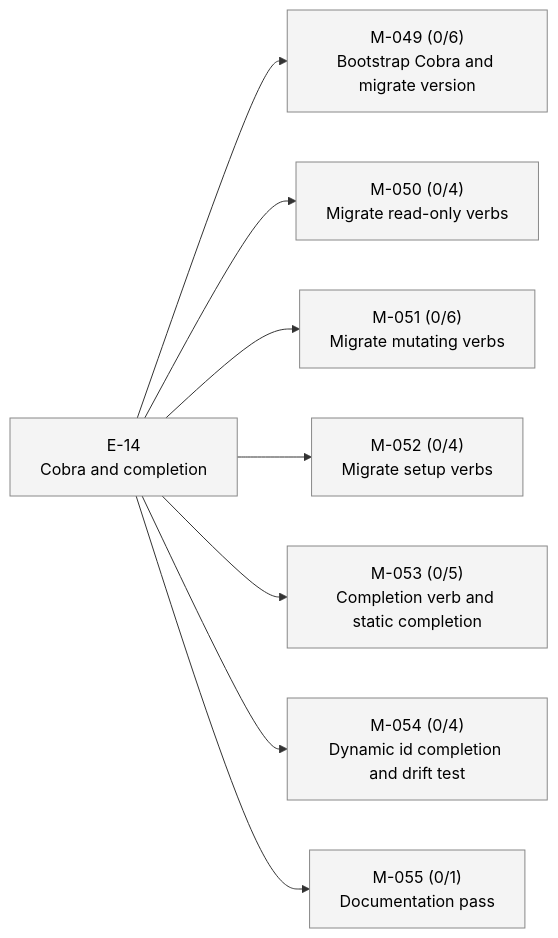
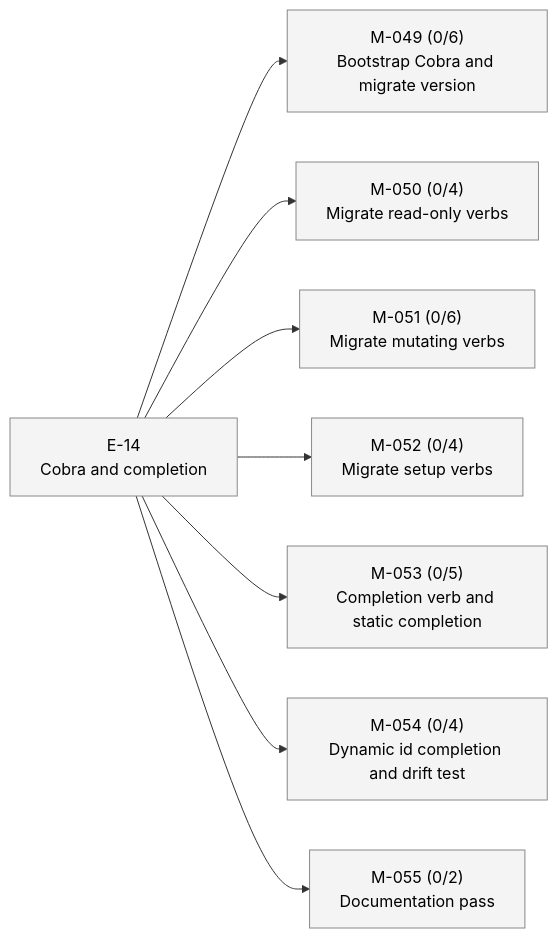
The second of 2 diagrams in STATUS.md (23min/aiwf), drawn with Mermaid before and after one commit. The commit also changed other lines of this file and 1 other file, not shown here.

````diff
--- a/STATUS.md
+++ b/STATUS.md
@@ -38,24 +38,24 @@
 ```mermaid
 flowchart LR
   E_14["E-14<br/>Cobra and completion"]:::epic_proposed
   M_049["M-049 (0/6)<br/>Bootstrap Cobra and migrate version"]:::ms_draft
   E_14 --> M_049
   M_050["M-050 (0/4)<br/>Migrate read-only verbs"]:::ms_draft
   E_14 --> M_050
   M_051["M-051 (0/6)<br/>Migrate mutating verbs"]:::ms_draft
   E_14 --> M_051
   M_052["M-052 (0/4)<br/>Migrate setup verbs"]:::ms_draft
   E_14 --> M_052
   M_053["M-053 (0/5)<br/>Completion verb and static completion"]:::ms_draft
   E_14 --> M_053
   M_054["M-054 (0/4)<br/>Dynamic id completion and drift test"]:::ms_draft
   E_14 --> M_054
-  M_055["M-055 (0/1)<br/>Documentation pass"]:::ms_draft
+  M_055["M-055 (0/2)<br/>Documentation pass"]:::ms_draft
   E_14 --> M_055
   classDef epic_active fill:#d6eaff,stroke:#1a73e8,color:#000
   classDef epic_proposed fill:#f4f4f4,stroke:#888,color:#000
   classDef ms_done fill:#d8f5d8,stroke:#2a8a2a,color:#000
   classDef ms_in_progress fill:#fff3c4,stroke:#caa400,color:#000
   classDef ms_draft fill:#f4f4f4,stroke:#888,color:#000
   classDef ms_cancelled fill:#fbeaea,stroke:#c33,color:#000
 ```
````
